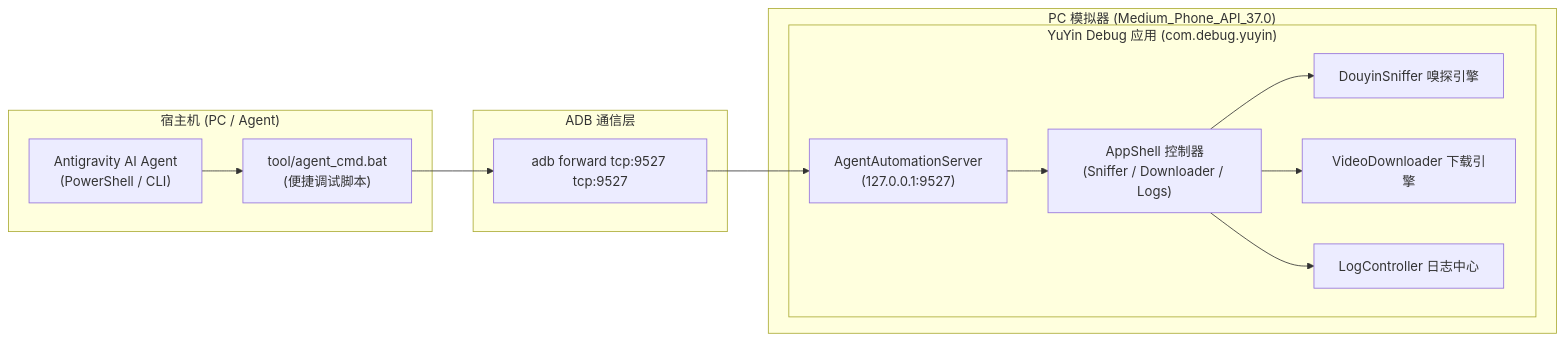
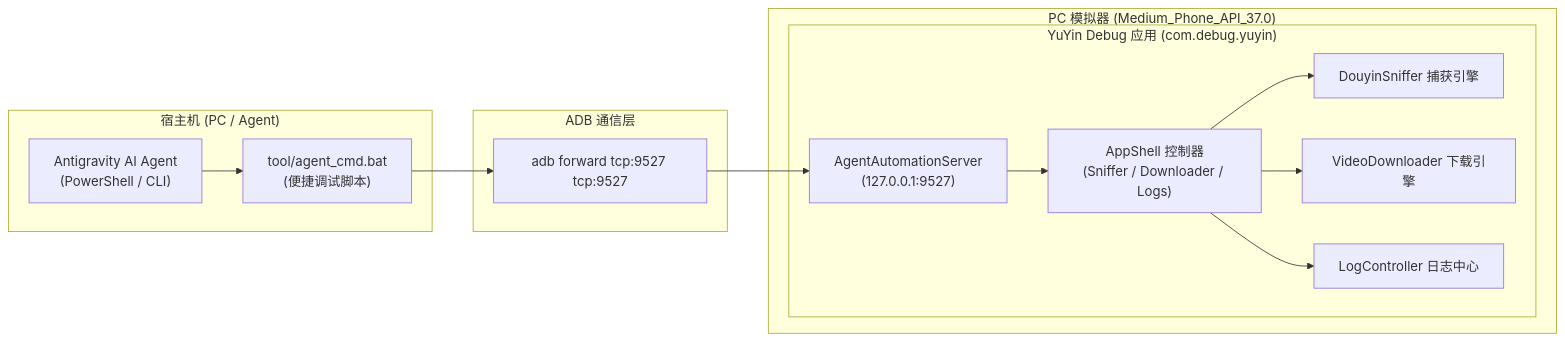
The diagram in PLAN/PLAN_21~30/PLAN_29.md (LinXruan/YuYin), drawn with Mermaid before and after one commit. The commit also changed 39 other files, not shown here.

````diff
--- a/PLAN/PLAN_21~30/PLAN_29.md
+++ b/PLAN/PLAN_21~30/PLAN_29.md
@@ -26,29 +26,29 @@
 ```mermaid
 flowchart LR
     subgraph Host["宿主机 (PC / Agent)"]
         Agent["Antigravity AI Agent<br/>(PowerShell / CLI)"]
         Bridge["tool/agent_cmd.bat<br/>(便捷调试脚本)"]
     end
 
     subgraph ADB["ADB 通信层"]
         Forward["adb forward tcp:9527 tcp:9527"]
     end
 
     subgraph Emulator["PC 模拟器 (Medium_Phone_API_37.0)"]
         subgraph AppDebug["YuYin Debug 应用 (com.debug.yuyin)"]
             HttpSvr["AgentAutomationServer<br/>(127.0.0.1:9527)"]
             Shell["AppShell 控制器<br/>(Sniffer / Downloader / Logs)"]
-            Sniff["DouyinSniffer 嗅探引擎"]
+            Sniff["DouyinSniffer 捕获引擎"]
             Down["VideoDownloader 下载引擎"]
             Log["LogController 日志中心"]
         end
     end
 
     Agent --> Bridge
     Bridge --> Forward
     Forward --> HttpSvr
     HttpSvr --> Shell
     Shell --> Sniff
     Shell --> Down
     Shell --> Log
 ```
````
